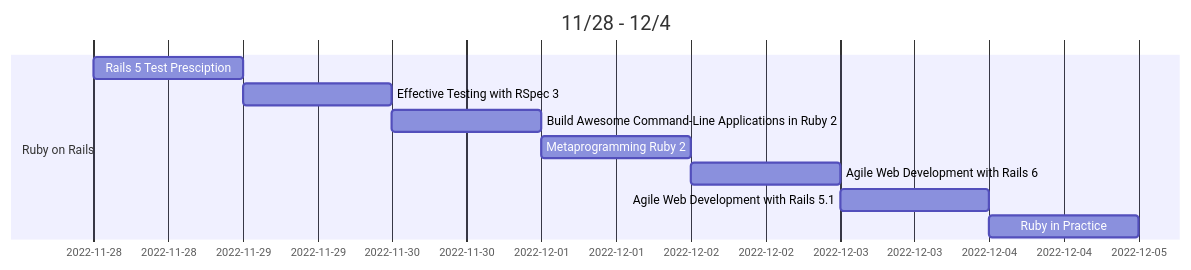
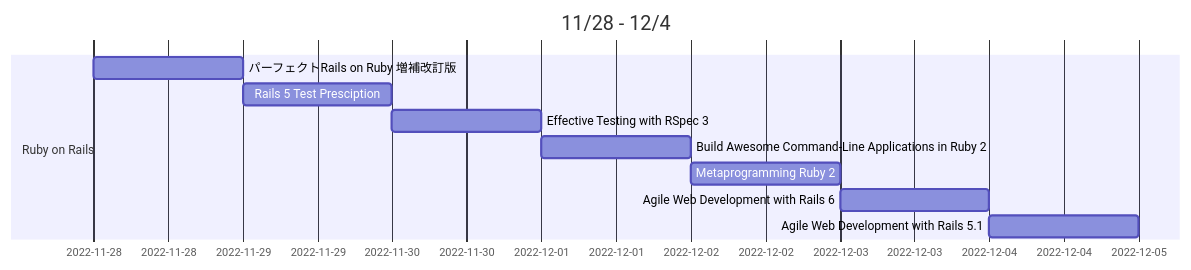
The fifth of 6 diagrams in test_data/GANTT.md (ykominami/gantt2), drawn with Mermaid before and after one commit. The commit also changed other lines of this file and 8 other files, not shown here.

````diff
--- a/test_data/GANTT.md
+++ b/test_data/GANTT.md
@@ -56,12 +55,12 @@
 ```mermaid
 gantt
     title 11/28 - 12/4
     section Ruby on Rails
-    Rails 5 Test Presciption: , 2022-11-28, 1d
-    Effective Testing with RSpec 3: , 2022-11-29, 1d
-    Build Awesome Command-Line Applications in Ruby 2: , 2022-11-30, 1d
-    Metaprogramming Ruby 2: , 2022-12-01, 1d
-    Agile Web Development with Rails 6: , 2022-12-02, 1d
-    Agile Web Development with Rails 5.1: , 2022-12-03, 1d
-    Ruby in Practice: , 2022-12-04, 1d
+    パーフェクトRails on Ruby 増補改訂版: , 2022-11-28, 1d
+    Rails 5 Test Presciption: , 2022-11-29, 1d
+    Effective Testing with RSpec 3: , 2022-11-30, 1d
+    Build Awesome Command-Line Applications in Ruby 2: , 2022-12-01, 1d
+    Metaprogramming Ruby 2: , 2022-12-02, 1d
+    Agile Web Development with Rails 6: , 2022-12-03, 1d
+    Agile Web Development with Rails 5.1: , 2022-12-04, 1d
 ```
````
